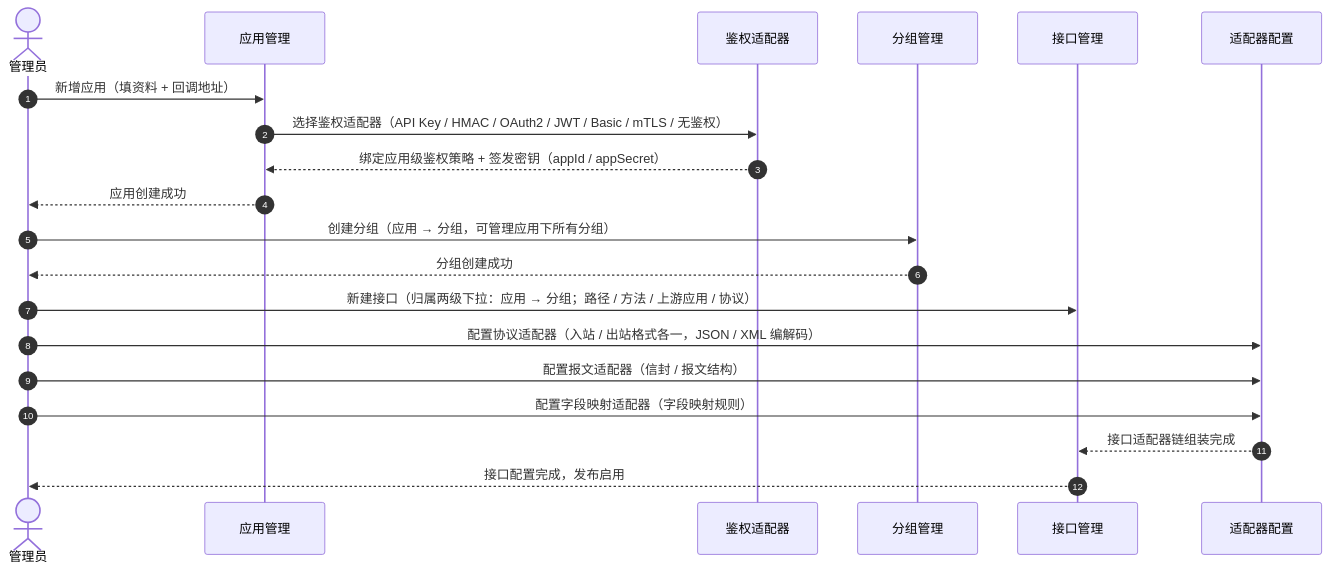
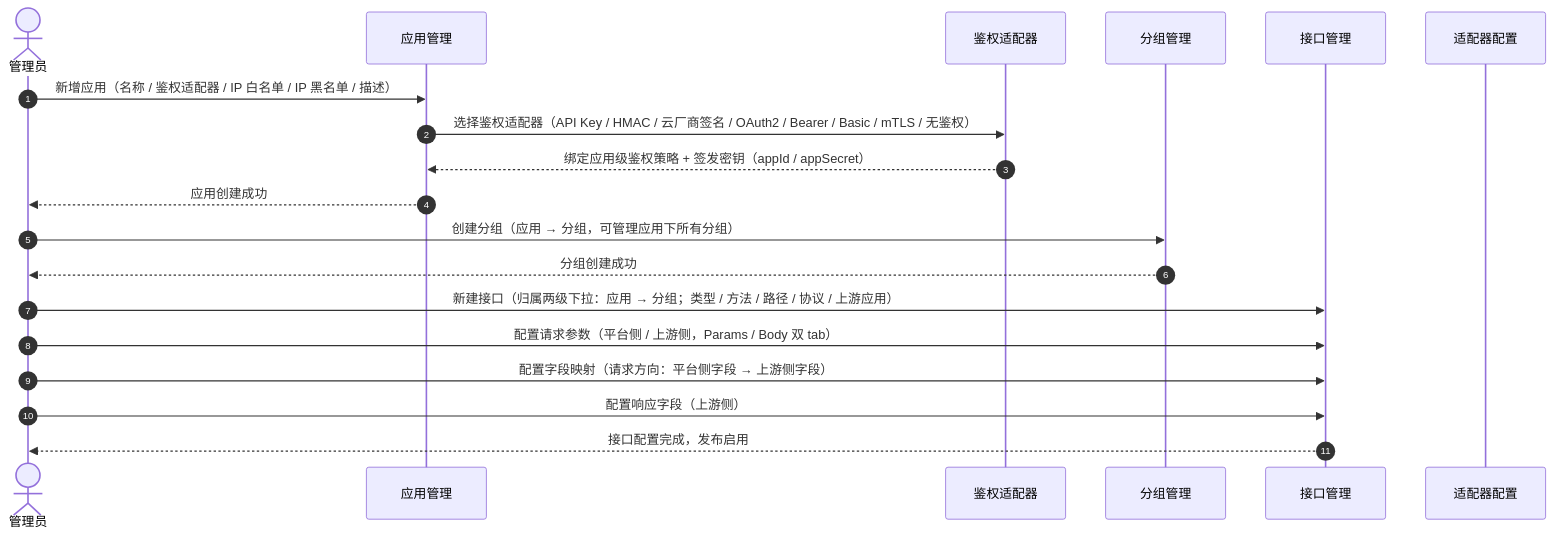
One commit to HelloWorldKing1/apicenter changed the first of 4 diagrams in src/main/resources/doc/API中心时序图与流程图.md. Above: the diagram before and after it, drawn with Mermaid. The commit also changed other lines of this file and 2 other files, not shown here.

Commit message:
feat(app): 添加应用编辑和删除功能
- 在应用列表中添加操作列显示编辑和删除按钮
- 实现 deleteApp 函数用于删除应用及其关联接口
- 修改 openAppModal 函数支持编辑现有应用
- 添加 IP 白名单和黑名单字段到应用配置
- 更新时序图和设计文档中的应用管理流程
- 调整适配器配置支持更多鉴权类型

````diff
--- a/src/main/resources/doc/API中心时序图与流程图.md
+++ b/src/main/resources/doc/API中心时序图与流程图.md
@@ -7,23 +7,22 @@
 ```mermaid
 sequenceDiagram
     autonumber
     actor 管理员 as 管理员
     participant App as 应用管理
     participant Auth as 鉴权适配器
     participant Grp as 分组管理
     participant Api as 接口管理
     participant Adp as 适配器配置
 
-    管理员->>App: 新增应用（填资料 + 回调地址）
-    App->>Auth: 选择鉴权适配器（API Key / HMAC / OAuth2 / JWT / Basic / mTLS / 无鉴权）
+    管理员->>App: 新增应用（名称 / 鉴权适配器 / IP 白名单 / IP 黑名单 / 描述）
+    App->>Auth: 选择鉴权适配器（API Key / HMAC / 云厂商签名 / OAuth2 / Bearer / Basic / mTLS / 无鉴权）
     Auth-->>App: 绑定应用级鉴权策略 + 签发密钥（appId / appSecret）
     App-->>管理员: 应用创建成功
     管理员->>Grp: 创建分组（应用 → 分组，可管理应用下所有分组）
     Grp-->>管理员: 分组创建成功
-    管理员->>Api: 新建接口（归属两级下拉：应用 → 分组；路径 / 方法 / 上游应用 / 协议）
-    管理员->>Adp: 配置协议适配器（入站 / 出站格式各一，JSON / XML 编解码）
-    管理员->>Adp: 配置报文适配器（信封 / 报文结构）
-    管理员->>Adp: 配置字段映射适配器（字段映射规则）
-    Adp-->>Api: 接口适配器链组装完成
+    管理员->>Api: 新建接口（归属两级下拉：应用 → 分组；类型 / 方法 / 路径 / 协议 / 上游应用）
+    管理员->>Api: 配置请求参数（平台侧 / 上游侧，Params / Body 双 tab）
+    管理员->>Api: 配置字段映射（请求方向：平台侧字段 → 上游侧字段）
+    管理员->>Api: 配置响应字段（上游侧）
     Api-->>管理员: 接口配置完成，发布启用
 ```
````
